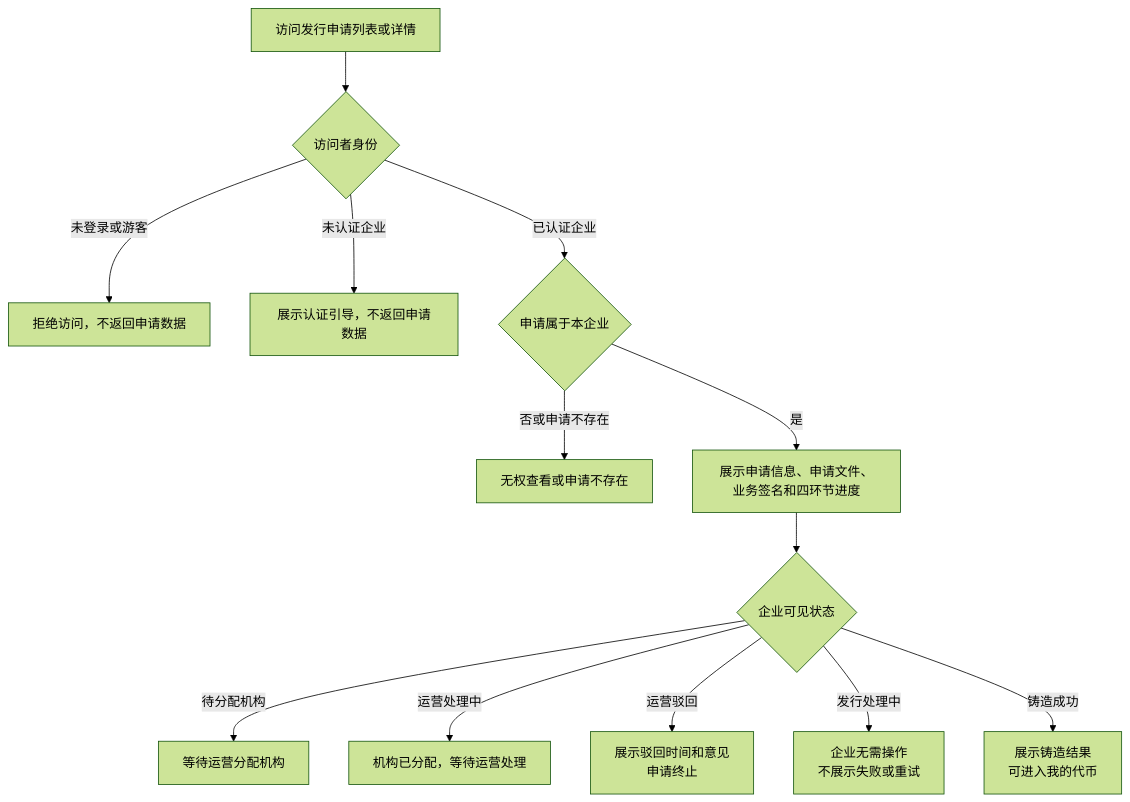
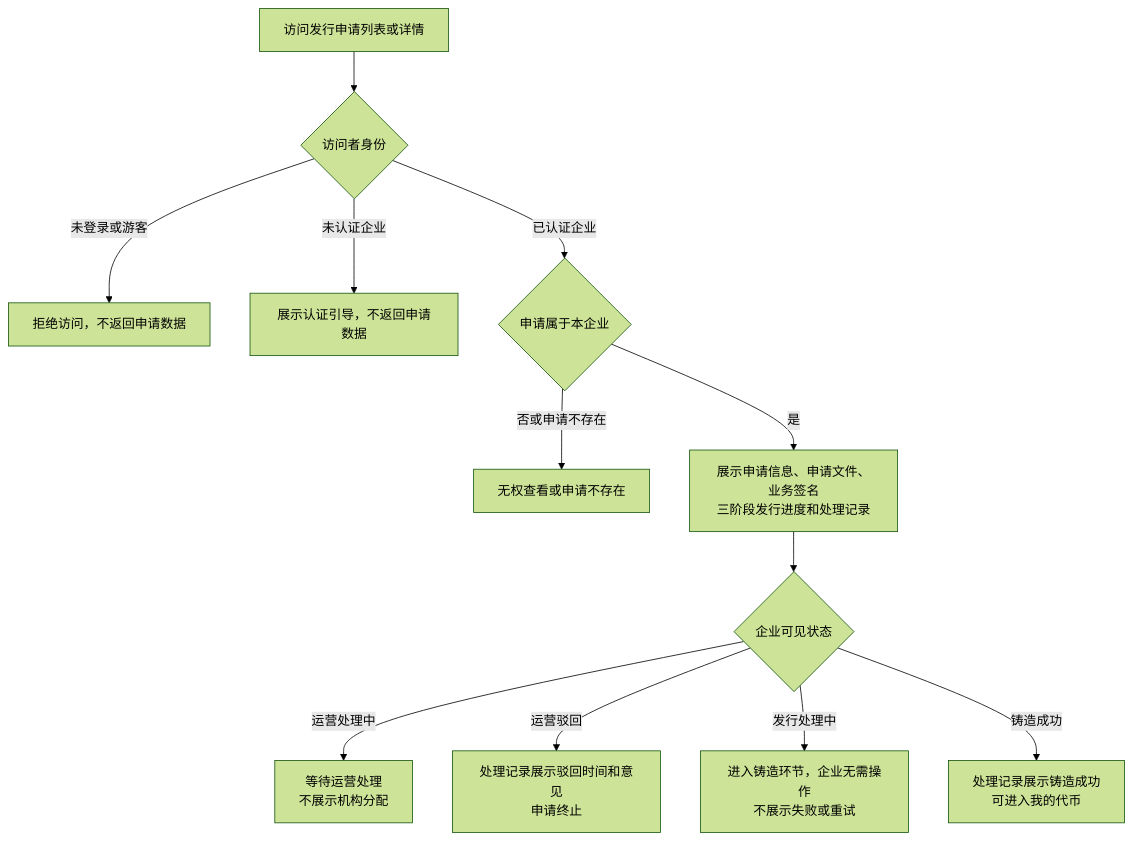
Before and after one commit to wxblockchain/Chain-Financing: the third of 3 diagrams in token-issuance-platform/PRD/面客端/M3a-代币发行-企业申请/02-代币发行-企业申请-流程图与状态机.md, drawn with Mermaid (forest theme). The commit also changed other lines of this file and 2 other files, not shown here.

````diff
--- a/token-issuance-platform/PRD/面客端/M3a-代币发行-企业申请/02-代币发行-企业申请-流程图与状态机.md
+++ b/token-issuance-platform/PRD/面客端/M3a-代币发行-企业申请/02-代币发行-企业申请-流程图与状态机.md
@@ -66,15 +65,14 @@
 ```mermaid
 flowchart TD
     A[访问发行申请列表或详情] --> B{访问者身份}
     B -->|未登录或游客| B1[拒绝访问，不返回申请数据]
     B -->|未认证企业| B2[展示认证引导，不返回申请数据]
     B -->|已认证企业| C{申请属于本企业}
     C -->|否或申请不存在| C1[无权查看或申请不存在]
-    C -->|是| D[展示申请信息、申请文件、业务签名和四环节进度]
+    C -->|是| D[展示申请信息、申请文件、业务签名<br/>三阶段发行进度和处理记录]
     D --> E{企业可见状态}
-    E -->|待分配机构| E1[等待运营分配机构]
-    E -->|运营处理中| E2[机构已分配，等待运营处理]
-    E -->|运营驳回| E3[展示驳回时间和意见<br/>申请终止]
-    E -->|发行处理中| E4[企业无需操作<br/>不展示失败或重试]
-    E -->|铸造成功| E5[展示铸造结果<br/>可进入我的代币]
+    E -->|运营处理中| E1[等待运营处理<br/>不展示机构分配]
+    E -->|运营驳回| E2[处理记录展示驳回时间和意见<br/>申请终止]
+    E -->|发行处理中| E3[进入铸造环节，企业无需操作<br/>不展示失败或重试]
+    E -->|铸造成功| E4[处理记录展示铸造成功<br/>可进入我的代币]
 ```
````
